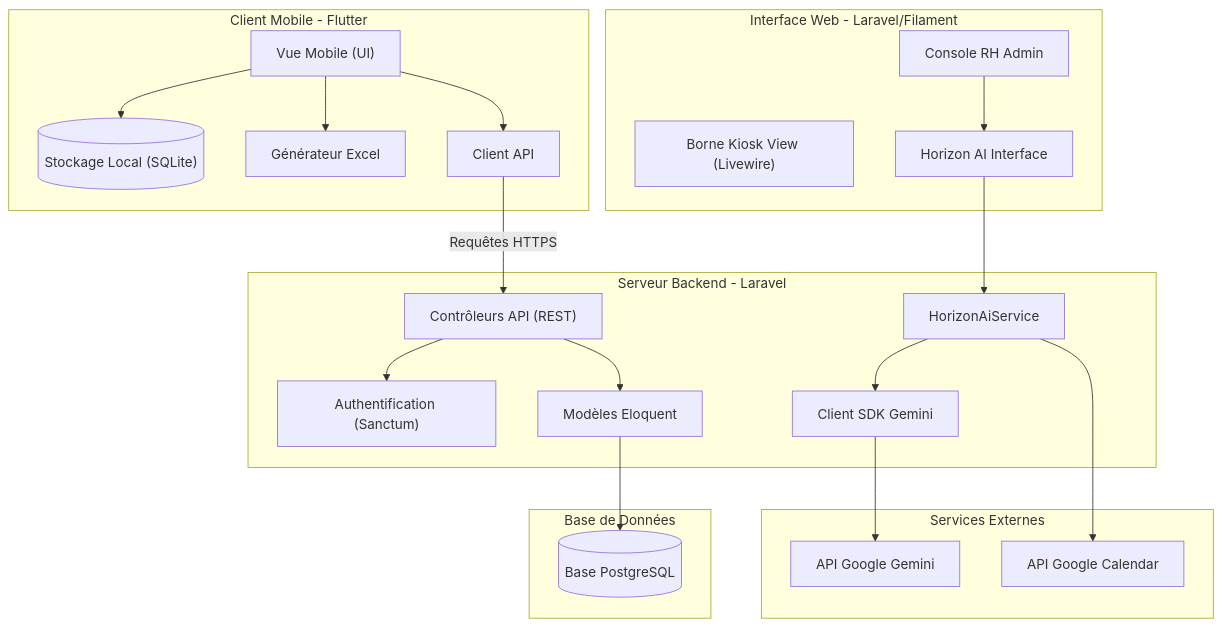
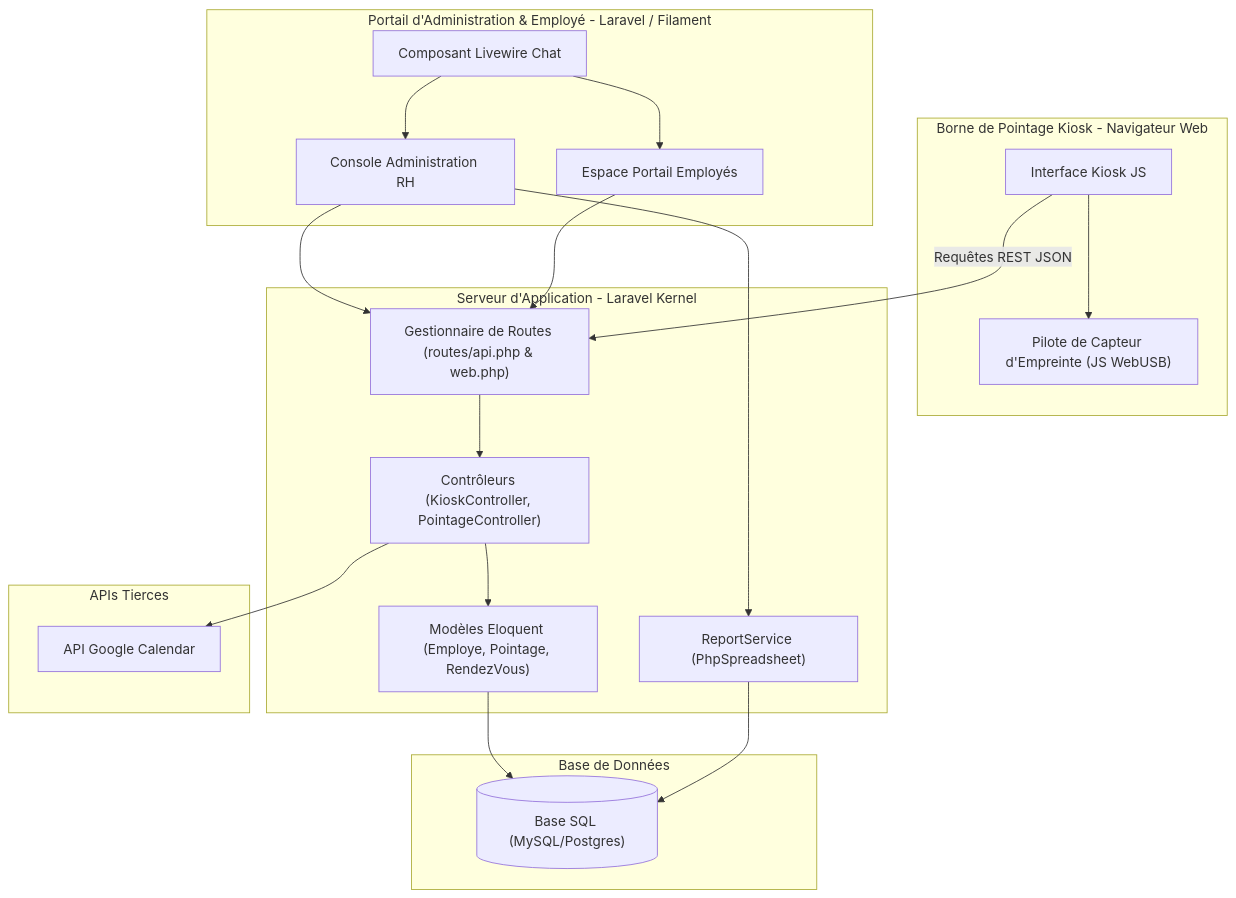
Before and after one commit to Evrad15/C.H.R.A.C.E.R.H: the eighth of 14 diagrams in rapport_de_stage_diagrammes.md, drawn with Mermaid. The commit also changed other lines of this file and 19 other files, not shown here.

Commit message:
docs: update project README and documentation with comprehensive architectural diagrams and feature specifications

````diff
--- a/rapport_de_stage_diagrammes.md
+++ b/rapport_de_stage_diagrammes.md
@@ -231,45 +239,41 @@
 ```mermaid
 graph TD
-    subgraph Client Mobile [Client Mobile - Flutter]
-        VueMobile["Vue Mobile (UI)"]
-        SQLite[("Stockage Local (SQLite)")]
-        ExcelGen["Générateur Excel"]
-        ClientAPI["Client API"]
-        VueMobile --> SQLite
-        VueMobile --> ExcelGen
-        VueMobile --> ClientAPI
+    subgraph KioskTerminal [Borne de Pointage Kiosk - Navigateur Web]
+        KioskUI["Interface Kiosk JS"]
+        FingerprintSDK["Pilote de Capteur d'Empreinte (JS WebUSB)"]
+        KioskUI --> FingerprintSDK
     end
 
-    subgraph Interface Web [Interface Web - Laravel/Filament]
-        ConsoleAdmin["Console RH Admin"]
-        KioskView["Borne Kiosk View (Livewire)"]
-        HorizonInterface["Horizon AI Interface"]
-        ConsoleAdmin --> HorizonInterface
+    subgraph ApplicationWeb [Portail d'Administration & Employé - Laravel / Filament]
+        AdminPanel["Console Administration RH"]
+        EmployeePortal["Espace Portail Employés"]
+        LivewireMessenger["Composant Livewire Chat"]
+        LivewireMessenger --> AdminPanel
+        LivewireMessenger --> EmployeePortal
     end
 
-    subgraph Serveur Backend API [Serveur Backend - Laravel]
-        APIControllers["Contrôleurs API (REST)"]
-        SanctumAuth["Authentification (Sanctum)"]
-        EloquentModels["Modèles Eloquent"]
-        HorizonService["HorizonAiService"]
-        GeminiClient["Client SDK Gemini"]
+    subgraph ServiceServeur [Serveur d'Application - Laravel Kernel]
+        Routes["Gestionnaire de Routes (routes/api.php & web.php)"]
+        Controllers["Contrôleurs (KioskController, PointageController)"]
+        Models["Modèles Eloquent (Employe, Pointage, RendezVous)"]
+        ReportEngine["ReportService (PhpSpreadsheet)"]
 
-        ClientAPI -->|Requêtes HTTPS| APIControllers
-        APIControllers --> SanctumAuth
-        APIControllers --> EloquentModels
-        HorizonInterface --> HorizonService
-        HorizonService --> GeminiClient
+        KioskUI -->|Requêtes REST JSON| Routes
+        AdminPanel --> Routes
+        EmployeePortal --> Routes
+        Routes --> Controllers
+        Controllers --> Models
+        AdminPanel --> ReportEngine
     end
 
-    subgraph Base de Données
-        PostgresDB[("Base PostgreSQL")]
-        EloquentModels --> PostgresDB
+    subgraph BaseDonnees [Base de Données]
+        SQLDatabase[("Base SQL (MySQL/Postgres)")]
+        Models --> SQLDatabase
+        ReportEngine --> SQLDatabase
     end
 
-    subgraph Services Externes
-        GeminiAPI["API Google Gemini"]
+    subgraph APIExternes [APIs Tierces]
         GCalendarAPI["API Google Calendar"]
-        GeminiClient --> GeminiAPI
-        HorizonService --> GCalendarAPI
+        Controllers --> GCalendarAPI
     end
 ```
````
